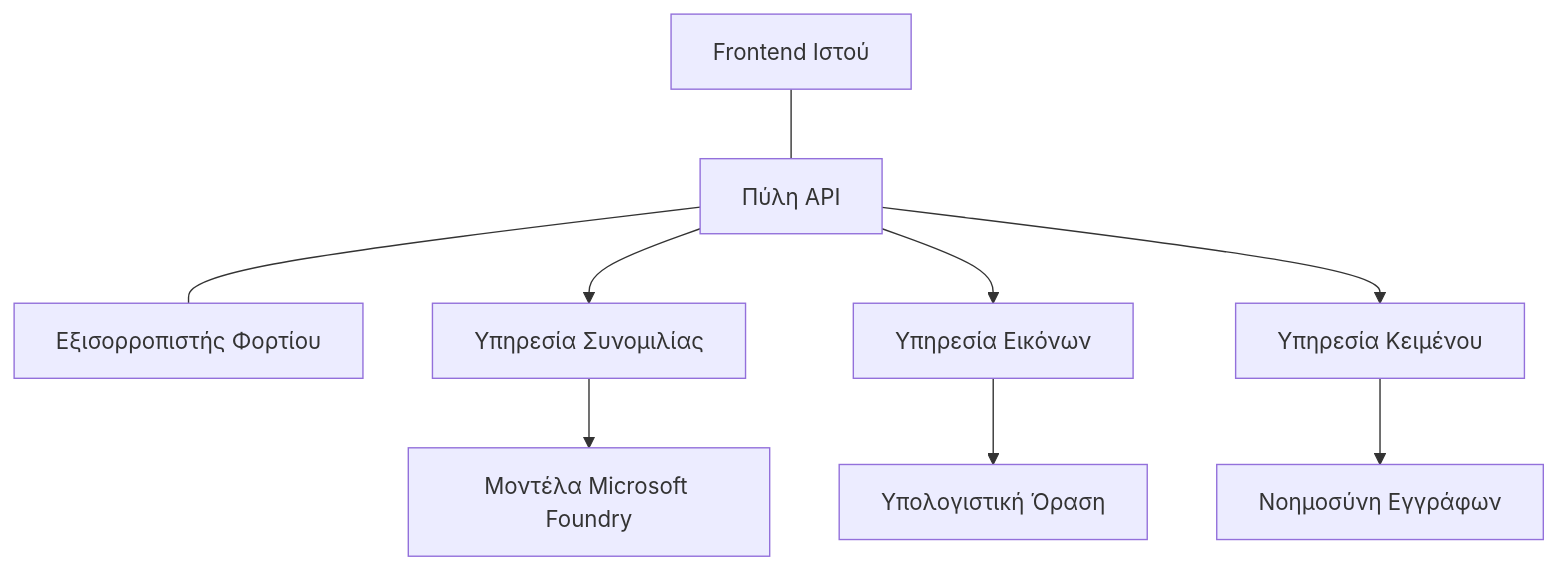
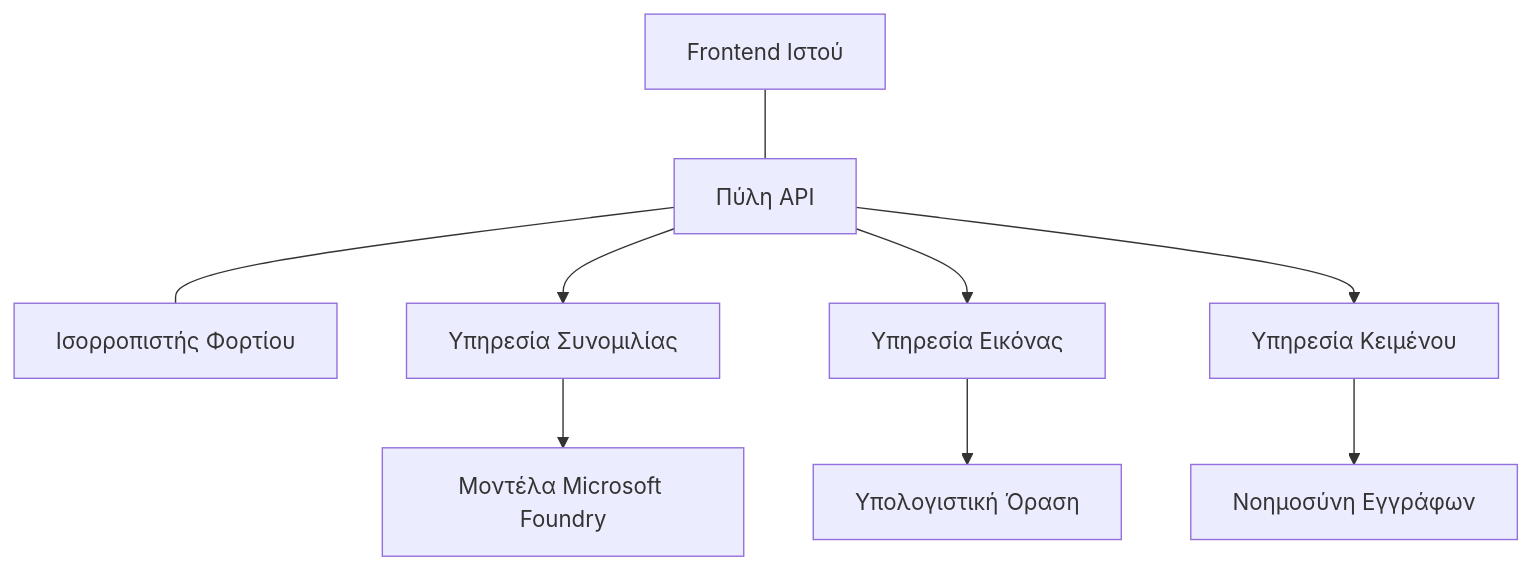
One commit to microsoft/AZD-for-beginners changed the diagram in translations/el/docs/chapter-08-production/production-ai-practices.md. Above: the diagram before and after it, drawn with Mermaid. The commit also changed other lines of this file and 104 other files, not shown here.

````diff
--- a/translations/el/docs/chapter-08-production/production-ai-practices.md
+++ b/translations/el/docs/chapter-08-production/production-ai-practices.md
@@ -30,10 +30,10 @@
 ```mermaid
 graph TD
-    Frontend[Frontend Ιστού] --- Gateway[Πύλη API] --- LB[Εξισορροπιστής Φορτίου]
+    Frontend[Frontend Ιστού] --- Gateway[Πύλη API] --- LB[Ισορροπιστής Φορτίου]
     Gateway --> Chat[Υπηρεσία Συνομιλίας]
-    Gateway --> Image[Υπηρεσία Εικόνων]
+    Gateway --> Image[Υπηρεσία Εικόνας]
     Gateway --> Text[Υπηρεσία Κειμένου]
     Chat --> OpenAI[Μοντέλα Microsoft Foundry]
     Image --> Vision[Υπολογιστική Όραση]
     Text --> DocIntel[Νοημοσύνη Εγγράφων]
 ```
````
